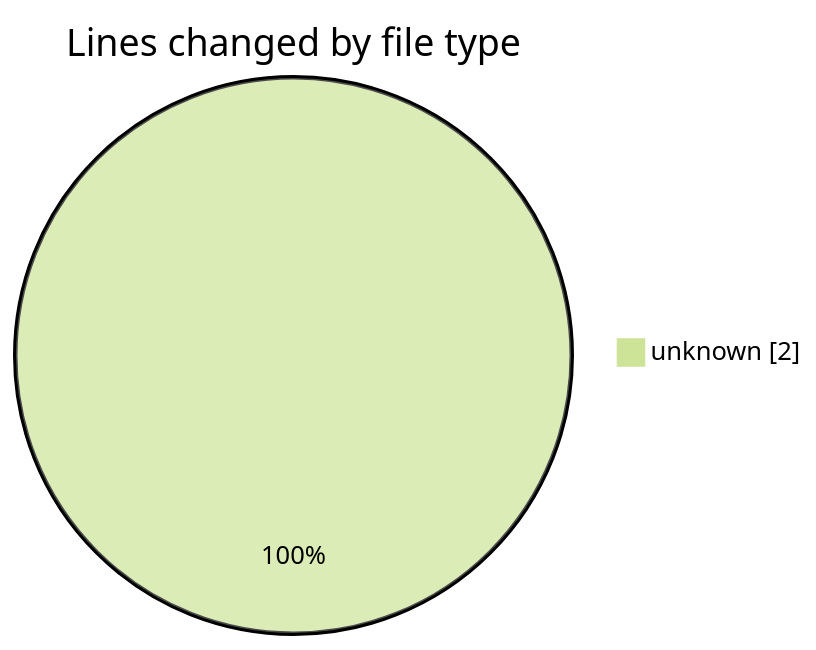
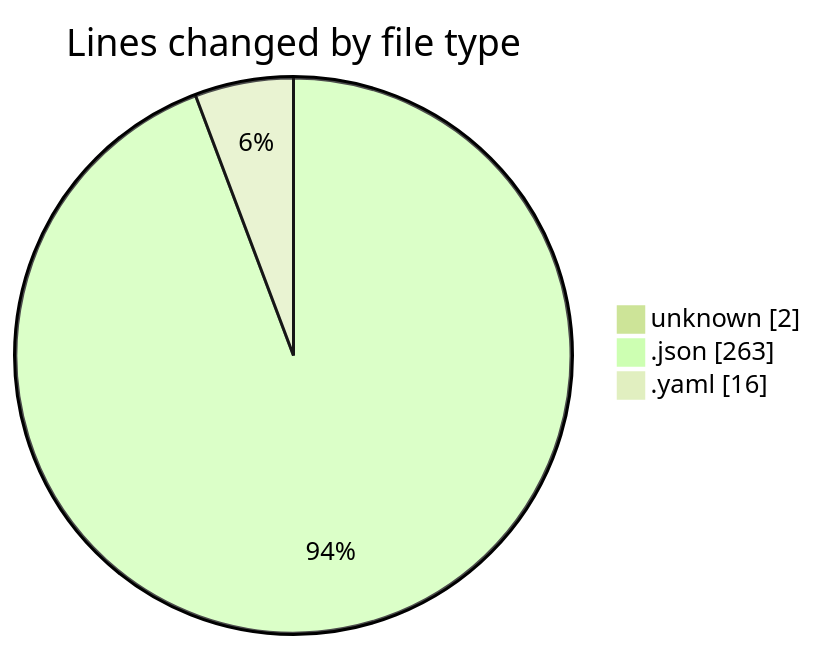
Before and after one commit to CELIANVF/code-tracking: the first of 2 diagrams in 2025-06-12/ecodeli-1/README.md, drawn with Mermaid (forest theme). The commit also changed other lines of this file and 1 other file, not shown here.

````diff
--- a/2025-06-12/ecodeli-1/README.md
+++ b/2025-06-12/ecodeli-1/README.md
@@ -20,5 +23,7 @@
 ```mermaid
 pie showData
 title Lines changed by file type
 "unknown" : 2
+".json" : 263
+".yaml" : 16
 ```
````
